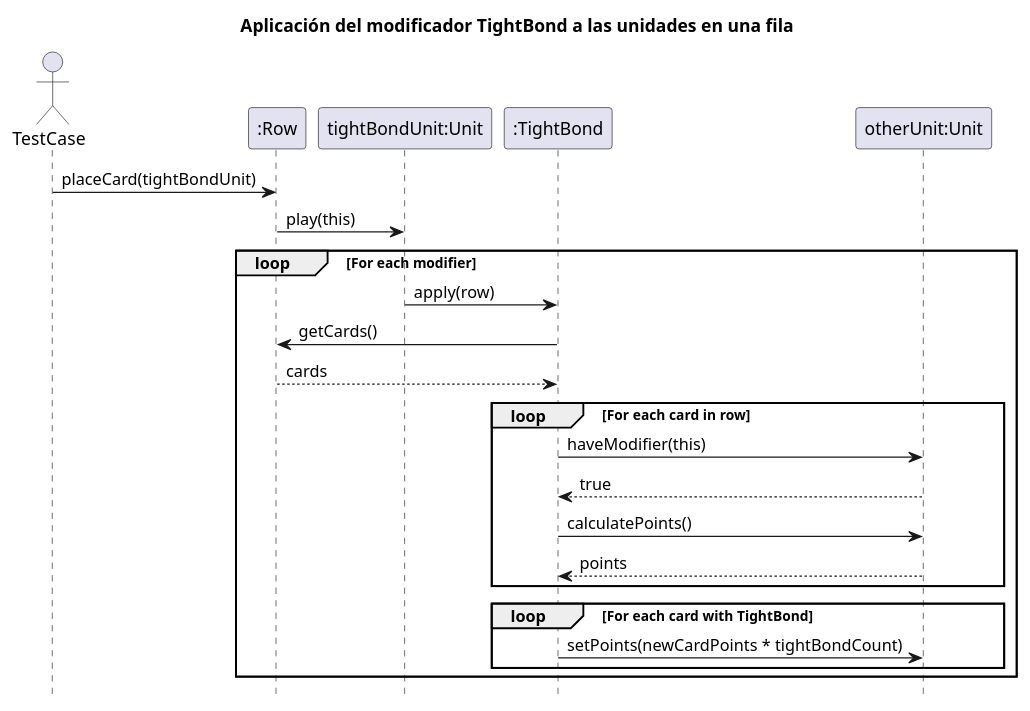
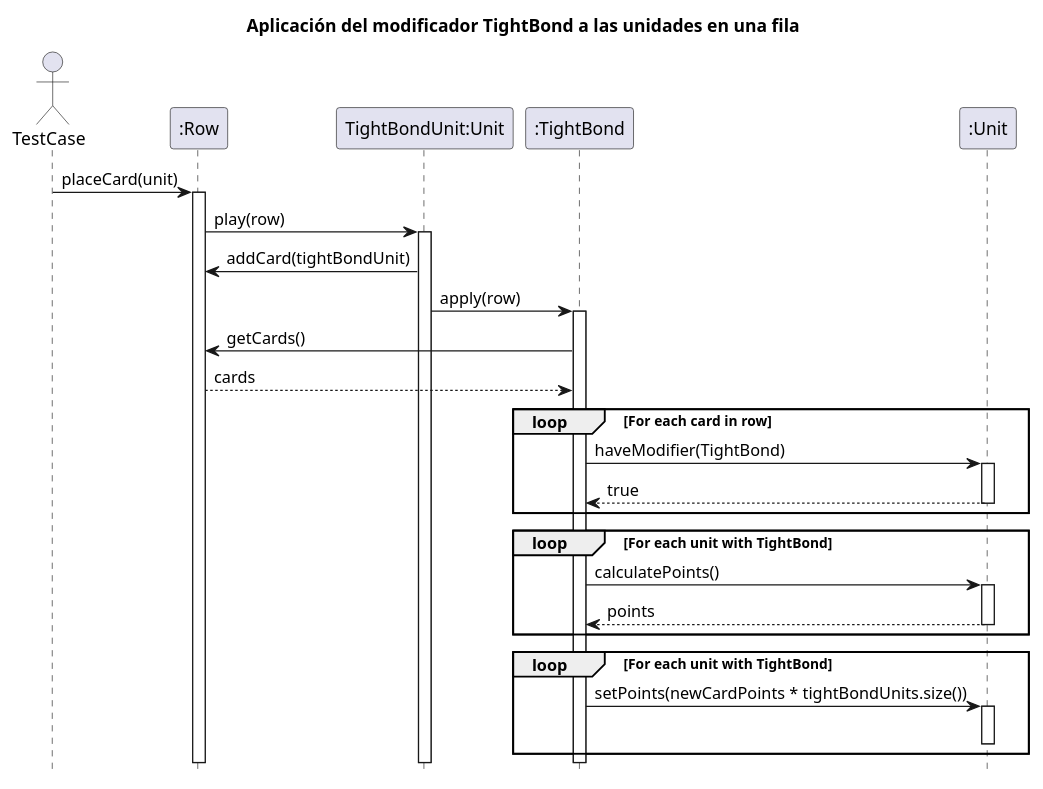
The diagram in diagrams/sequences/AplicarTightBond.plantuml (Yonhir/algo3_proyecto_base_tp2), drawn with PlantUML before and after one commit. The commit also changed 45 other files, not shown here.

Commit message:
Issue-25 - Profe Request: Crear SectionType. Añadirlo en Card, Row and SpeciaZone. (#37)

```diff
--- a/diagrams/sequences/AplicarTightBond.plantuml
+++ b/diagrams/sequences/AplicarTightBond.plantuml
@@ -1,33 +1,46 @@
 @startuml
 
 hide footbox
 title Aplicación del modificador TightBond a las unidades en una fila
 
 actor TestCase
 
 participant ":Row" as row
-participant "tightBondUnit:Unit" as tightBondUnit
+participant "TightBondUnit:Unit" as tightBondUnit
 participant ":TightBond" as tightBond
-participant "otherUnit:Unit" as otherUnit
+participant ":Unit" as otherUnits
 
-TestCase -> row: placeCard(tightBondUnit)
-row -> tightBondUnit: play(this)
+TestCase -> row: placeCard(unit)
+    activate row
+    row -> tightBondUnit: play(row)
+        activate tightBondUnit
+        tightBondUnit -> row: addCard(tightBondUnit)
+        tightBondUnit -> tightBond: apply(row)
+            activate tightBond
+            tightBond -> row: getCards()
+            row --> tightBond: cards
 
-loop For each modifier
-    tightBondUnit -> tightBond : apply(row)
-    tightBond -> row : getCards()
-    row --> tightBond : cards
+            loop For each card in row
+                tightBond -> otherUnits: haveModifier(TightBond)
+                    activate otherUnits
+                    otherUnits --> tightBond: true
+                    deactivate otherUnits
+            end
 
-    loop For each card in row
-        tightBond -> otherUnit : haveModifier(this)
-        otherUnit --> tightBond : true
-        tightBond -> otherUnit : calculatePoints()
-        otherUnit --> tightBond : points
-    end
+            loop For each unit with TightBond
+                tightBond -> otherUnits: calculatePoints()
+                    activate otherUnits
+                    otherUnits --> tightBond: points
+                    deactivate otherUnits
+            end
 
-    loop For each card with TightBond
-        tightBond -> otherUnit : setPoints(newCardPoints * tightBondCount)
-    end
-end
+            loop For each unit with TightBond
+                tightBond -> otherUnits: setPoints(newCardPoints * tightBondUnits.size())
+                    activate otherUnits
+                    deactivate otherUnits
+            end
+            deactivate tightBond
+        deactivate tightBondUnit
+    deactivate row
 
 @enduml
```
